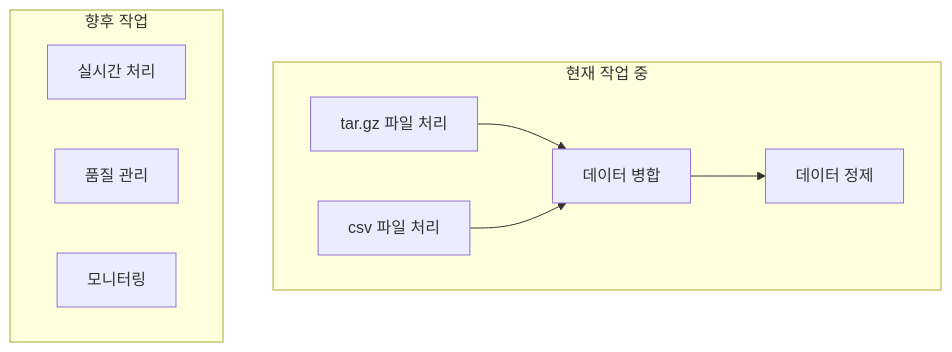
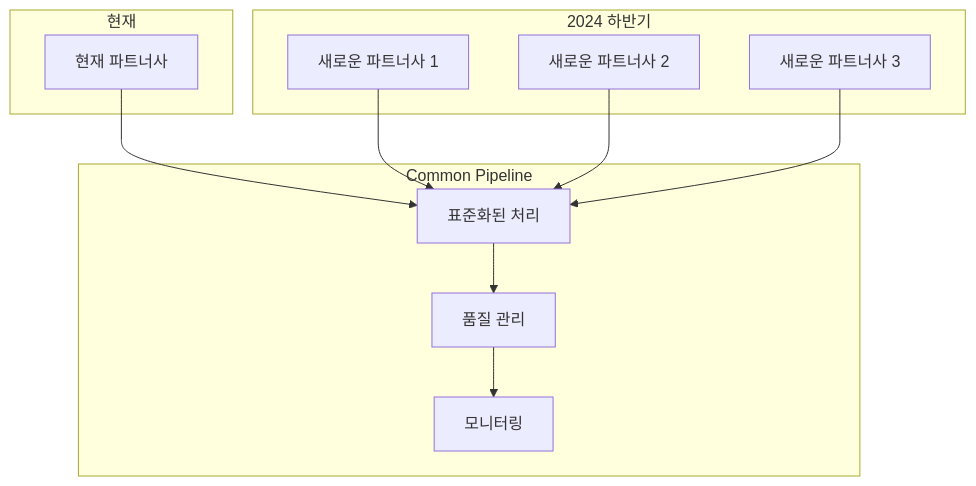
The third of 5 diagrams in _posts/2025-03-18-etl-pipeline.md (yeokyeong-yoon/yeokyeong-yoon.github.io), drawn with Mermaid before and after one commit. The commit also changed other lines of this file, not shown here.

Commit message:
add current situation

````diff
--- a/_posts/2025-03-18-etl-pipeline.md
+++ b/_posts/2025-03-18-etl-pipeline.md
@@ -149,19 +135,26 @@
 ```mermaid
 graph TD
-    subgraph "현재 작업 중"
-        TarGz[tar.gz 파일 처리]
-        Csv[csv 파일 처리]
-        Merge[데이터 병합]
-        Clean[데이터 정제]
+    subgraph "현재"
+        Current[현재 파트너사]
     end
     
-    subgraph "향후 작업"
-        RealTime[실시간 처리]
+    subgraph "2024 하반기"
+        New1[새로운 파트너사 1]
+        New2[새로운 파트너사 2]
+        New3[새로운 파트너사 3]
+    end
+    
+    subgraph "Common Pipeline"
+        Standard[표준화된 처리]
         Quality[품질 관리]
         Monitor[모니터링]
     end
     
-    TarGz --> Merge
-    Csv --> Merge
-    Merge --> Clean
+    Current --> Standard
+    New1 --> Standard
+    New2 --> Standard
+    New3 --> Standard
+    
+    Standard --> Quality
+    Quality --> Monitor
 ```
````
